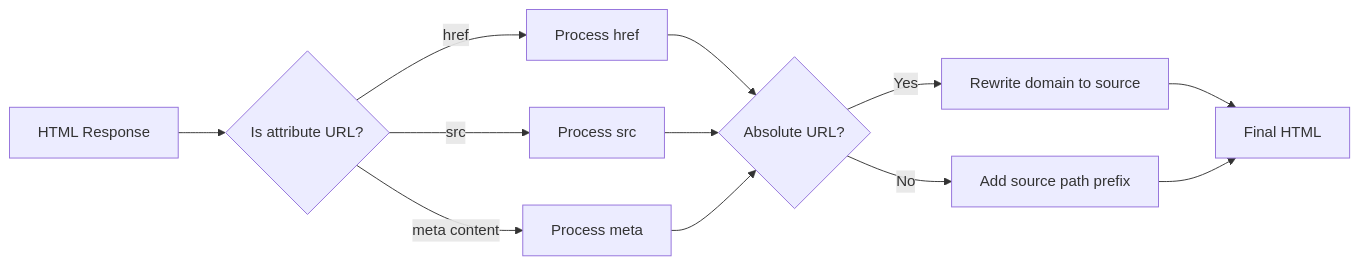
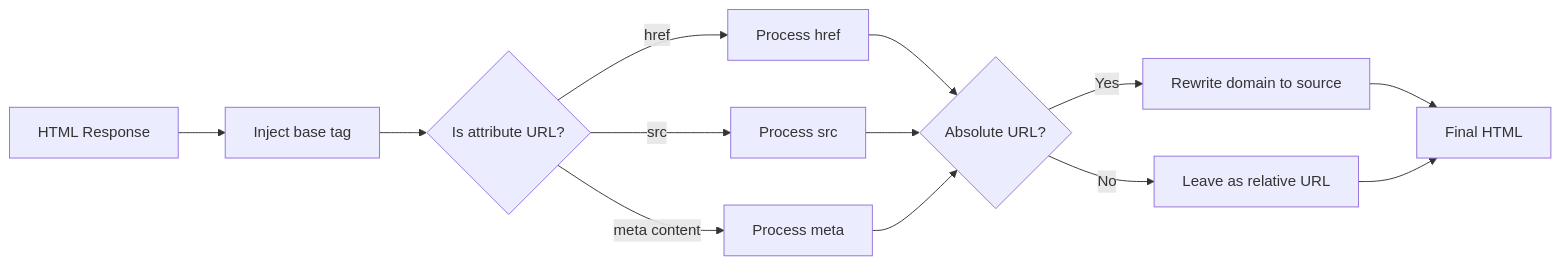
The third of 3 diagrams in docs/specification.md (osteele/subdomain-router), drawn with Mermaid before and after one commit. The commit also changed other lines of this file and 2 other files, not shown here.

Commit message:
Add a <base> element to the head

````diff
--- a/docs/specification.md
+++ b/docs/specification.md
@@ -152,17 +154,18 @@
 ```mermaid
 flowchart LR
-    A[HTML Response] --> B{Is attribute URL?}
-    B -->|href| C[Process href]
-    B -->|src| D[Process src]
-    B -->|meta content| E[Process meta]
+    A[HTML Response] --> B[Inject base tag]
+    B --> C{Is attribute URL?}
+    C -->|href| D[Process href]
+    C -->|src| E[Process src]
+    C -->|meta content| F[Process meta]
 
-    C --> F{Absolute URL?}
-    D --> F
-    E --> F
+    D --> G{Absolute URL?}
+    E --> G
+    F --> G
 
-    F -->|Yes| G[Rewrite domain to source]
-    F -->|No| H[Add source path prefix]
+    G -->|Yes| H[Rewrite domain to source]
+    G -->|No| I[Leave as relative URL]
 
-    G --> I[Final HTML]
-    H --> I
+    H --> J[Final HTML]
+    I --> J
 ```
````
